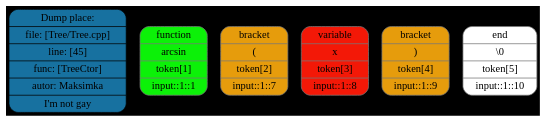
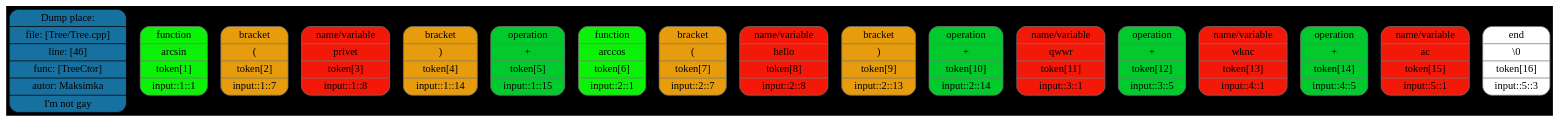
One commit to Maksim-Sebelev/Language changed the diagram in token.dot. Above: the diagram before and after it, drawn with Graphviz. The commit also changed 29 other files, not shown here.

```diff
--- a/token.dot
+++ b/token.dot
@@ -1,11 +1,22 @@
 digraph G{
 rankdir=TB
 graph [bgcolor="#000000"];
 size = "100 5"
-place[shape=Mrecord, style=filled, fillcolor="#1771a0", pos="0,1!",label = " { Dump place: | file: [Tree/Tree.cpp] | line: [45] | func: [TreeCtor] | autor: Maksimka | I'm not gay } "color = "#000000"];
+place[shape=Mrecord, style=filled, fillcolor="#1771a0", pos="0,1!",label = " { Dump place: | file: [Tree/Tree.cpp] | line: [46] | func: [TreeCtor] | autor: Maksimka | I'm not gay } "color = "#000000"];
 token0[shape=Mrecord, style=filled, fillcolor="#0cf108",label = " { function | arcsin |  token[1] |  input::1::1 } ", color = "#777777"];
 token1[shape=Mrecord, style=filled, fillcolor="#e69c0c",label = " { bracket | ( |  token[2] |  input::1::7 } ", color = "#777777"];
-token2[shape=Mrecord, style=filled, fillcolor="#f31807",label = " { variable | x |  token[3] |  input::1::8 } ", color = "#777777"];
-token3[shape=Mrecord, style=filled, fillcolor="#e69c0c",label = " { bracket | ) |  token[4] |  input::1::9 } ", color = "#777777"];
-token4[shape=Mrecord, style=filled, fillcolor="#ffffff",label = " { end | \\0 |  token[5] |  input::1::10 } ", color = "#777777"];
+token2[shape=Mrecord, style=filled, fillcolor="#f31807",label = " { name/variable | privet |  token[3] |  input::1::8 } ", color = "#777777"];
+token3[shape=Mrecord, style=filled, fillcolor="#e69c0c",label = " { bracket | ) |  token[4] |  input::1::14 } ", color = "#777777"];
+token4[shape=Mrecord, style=filled, fillcolor="#00ca2c",label = " { operation | + |  token[5] |  input::1::15 } ", color = "#777777"];
+token5[shape=Mrecord, style=filled, fillcolor="#0cf108",label = " { function | arccos |  token[6] |  input::2::1 } ", color = "#777777"];
+token6[shape=Mrecord, style=filled, fillcolor="#e69c0c",label = " { bracket | ( |  token[7] |  input::2::7 } ", color = "#777777"];
+token7[shape=Mrecord, style=filled, fillcolor="#f31807",label = " { name/variable | hello |  token[8] |  input::2::8 } ", color = "#777777"];
+token8[shape=Mrecord, style=filled, fillcolor="#e69c0c",label = " { bracket | ) |  token[9] |  input::2::13 } ", color = "#777777"];
+token9[shape=Mrecord, style=filled, fillcolor="#00ca2c",label = " { operation | + |  token[10] |  input::2::14 } ", color = "#777777"];
+token10[shape=Mrecord, style=filled, fillcolor="#f31807",label = " { name/variable | qwwr |  token[11] |  input::3::1 } ", color = "#777777"];
+token11[shape=Mrecord, style=filled, fillcolor="#00ca2c",label = " { operation | + |  token[12] |  input::3::5 } ", color = "#777777"];
+token12[shape=Mrecord, style=filled, fillcolor="#f31807",label = " { name/variable | wknc |  token[13] |  input::4::1 } ", color = "#777777"];
+token13[shape=Mrecord, style=filled, fillcolor="#00ca2c",label = " { operation | + |  token[14] |  input::4::5 } ", color = "#777777"];
+token14[shape=Mrecord, style=filled, fillcolor="#f31807",label = " { name/variable | ac |  token[15] |  input::5::1 } ", color = "#777777"];
+token15[shape=Mrecord, style=filled, fillcolor="#ffffff",label = " { end | \\0 |  token[16] |  input::5::3 } ", color = "#777777"];
 }
```
